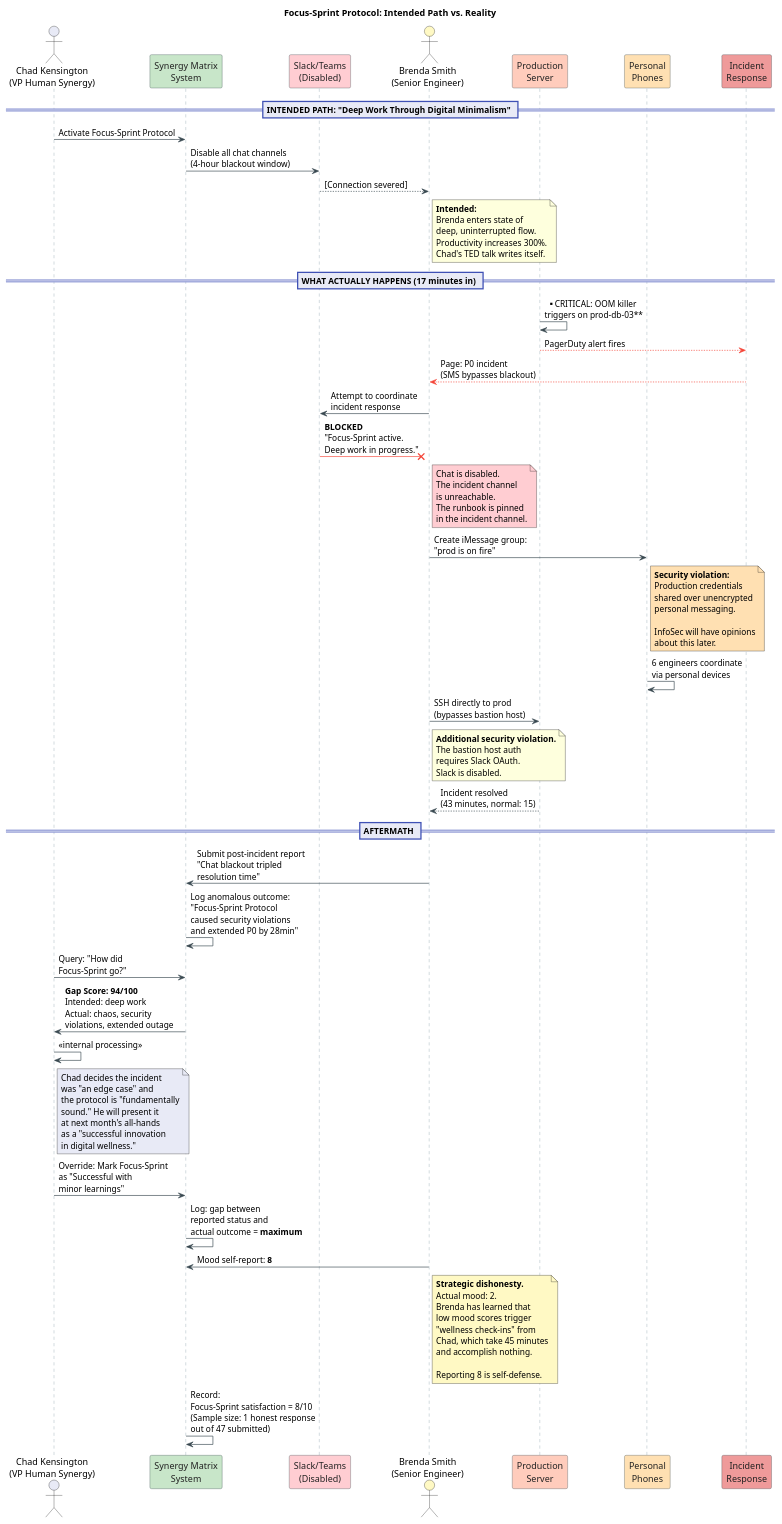
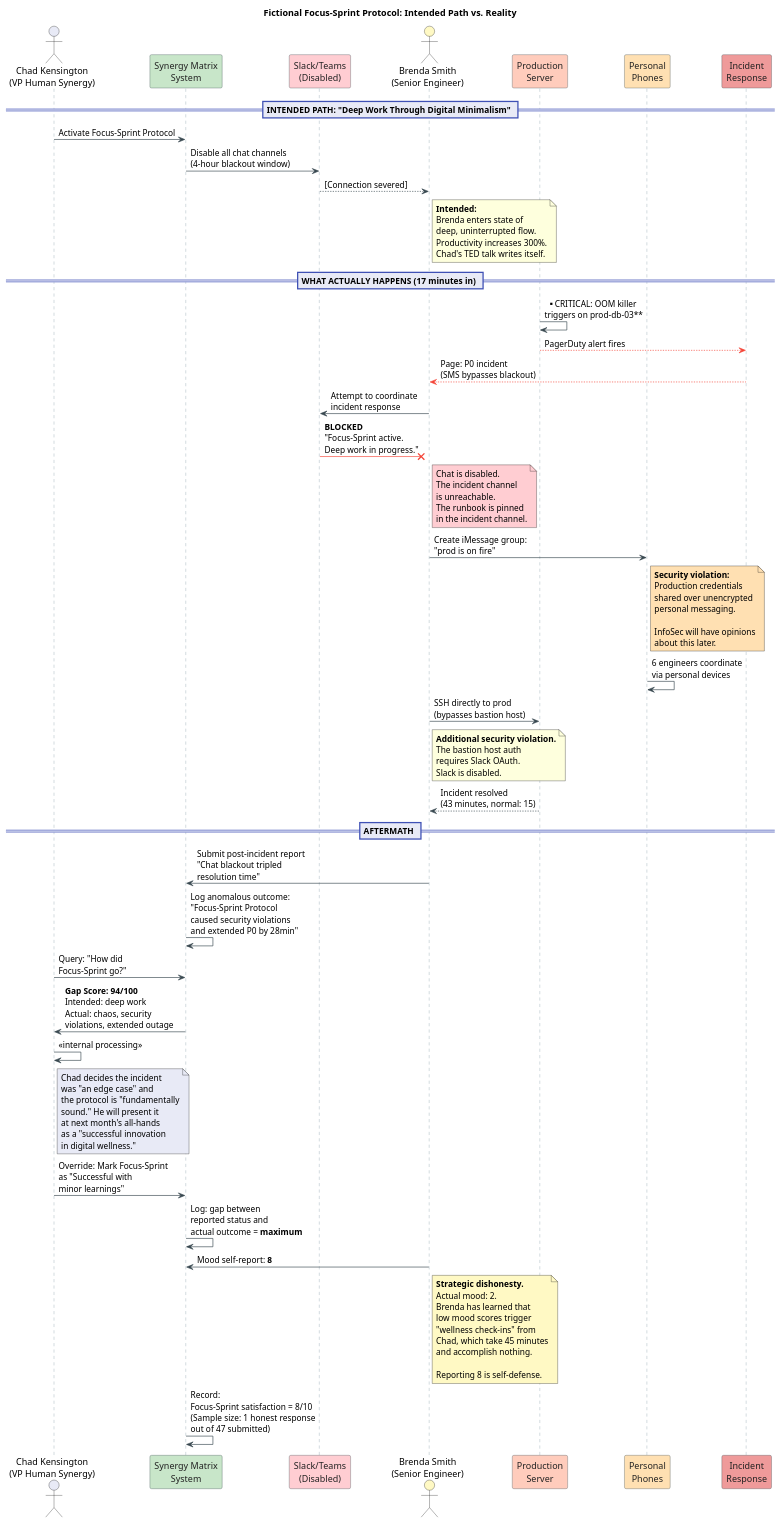
The diagram in docs/diagrams/focus-sprint-failure.puml (hyperpolymath/phantom-metal-taste), drawn with PlantUML before and after one commit. The commit also changed other lines of this file and 114 other files, not shown here.

```diff
--- a/docs/diagrams/focus-sprint-failure.puml
+++ b/docs/diagrams/focus-sprint-failure.puml
@@ -5,117 +6,117 @@
-@startuml Focus-Sprint Protocol Failure
+@startuml Fictional Focus-Sprint Protocol Failure
 
 skinparam participant {
     BackgroundColor #FAFAFA
     BorderColor #37474F
     FontColor #212121
 }
 
 skinparam sequence {
     ArrowColor #37474F
     LifeLineBorderColor #78909C
     LifeLineBackgroundColor #ECEFF1
     DividerBackgroundColor #E8EAF6
     DividerBorderColor #3F51B5
     GroupBackgroundColor #FFF3E0
     GroupBorderColor #E65100
 }
 
-title Focus-Sprint Protocol: Intended Path vs. Reality
+title Fictional Focus-Sprint Protocol: Intended Path vs. Reality
 
 actor "Chad Kensington\n(VP Human Synergy)" as Chad #E8EAF6
 participant "Synergy Matrix\nSystem" as System #C8E6C9
 participant "Slack/Teams\n(Disabled)" as Chat #FFCDD2
 actor "Brenda Smith\n(Senior Engineer)" as Brenda #FFF9C4
 participant "Production\nServer" as Server #FFCCBC
 participant "Personal\nPhones" as Phones #FFE0B2
 participant "Incident\nResponse" as IR #EF9A9A
 
 == INTENDED PATH: "Deep Work Through Digital Minimalism" ==
 
 Chad -> System : Activate Focus-Sprint Protocol
 System -> Chat : Disable all chat channels\n(4-hour blackout window)
 Chat --> Brenda : [Connection severed]
 note right of Brenda
     **Intended:**
     Brenda enters state of
     deep, uninterrupted flow.
     Productivity increases 300%.
     Chad's TED talk writes itself.
 end note
 
 == WHAT ACTUALLY HAPPENS (17 minutes in) ==
 
 Server -> Server : **CRITICAL: OOM killer\ntriggers on prod-db-03**
 Server -[#F44336]-> IR : PagerDuty alert fires
 IR -[#F44336]-> Brenda : Page: P0 incident\n(SMS bypasses blackout)
 
 Brenda -> Chat : Attempt to coordinate\nincident response
 Chat -[#F44336]x Brenda : **BLOCKED**\n"Focus-Sprint active.\nDeep work in progress."
 note right of Brenda #FFCDD2
     Chat is disabled.
     The incident channel
     is unreachable.
     The runbook is pinned
     in the incident channel.
 end note
 
 Brenda -> Phones : Create iMessage group:\n"prod is on fire"
 note right of Phones #FFE0B2
     **Security violation:**
     Production credentials
     shared over unencrypted
     personal messaging.
 
     InfoSec will have opinions
     about this later.
 end note
 
 Phones -> Phones : 6 engineers coordinate\nvia personal devices
 Brenda -> Server : SSH directly to prod\n(bypasses bastion host)
 note right of Brenda
     **Additional security violation.**
     The bastion host auth
     requires Slack OAuth.
     Slack is disabled.
 end note
 
 Server --> Brenda : Incident resolved\n(43 minutes, normal: 15)
 
 == AFTERMATH ==
 
 Brenda -> System : Submit post-incident report\n"Chat blackout tripled\nresolution time"
 System -> System : Log anomalous outcome:\n"Focus-Sprint Protocol\ncaused security violations\nand extended P0 by 28min"
 
 Chad -> System : Query: "How did\nFocus-Sprint go?"
 System -> Chad : **Gap Score: 94/100**\nIntended: deep work\nActual: chaos, security\nviolations, extended outage
 
 Chad -> Chad : <<internal processing>>
 note right of Chad #E8EAF6
     Chad decides the incident
     was "an edge case" and
     the protocol is "fundamentally
     sound." He will present it
     at next month's all-hands
     as a "successful innovation
     in digital wellness."
 end note
 
 Chad -> System : Override: Mark Focus-Sprint\nas "Successful with\nminor learnings"
 System -> System : Log: gap between\nreported status and\nactual outcome = **maximum**
 
 Brenda -> System : Mood self-report: **8**
 note right of Brenda #FFF9C4
     **Strategic dishonesty.**
     Actual mood: 2.
     Brenda has learned that
     low mood scores trigger
     "wellness check-ins" from
     Chad, which take 45 minutes
     and accomplish nothing.
 
     Reporting 8 is self-defense.
 end note
 
 System -> System : Record:\nFocus-Sprint satisfaction = 8/10\n(Sample size: 1 honest response\nout of 47 submitted)
 
 @enduml
```
